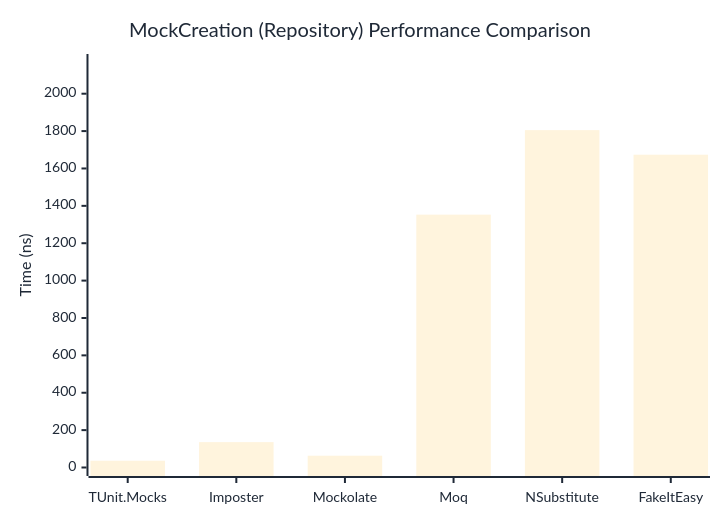
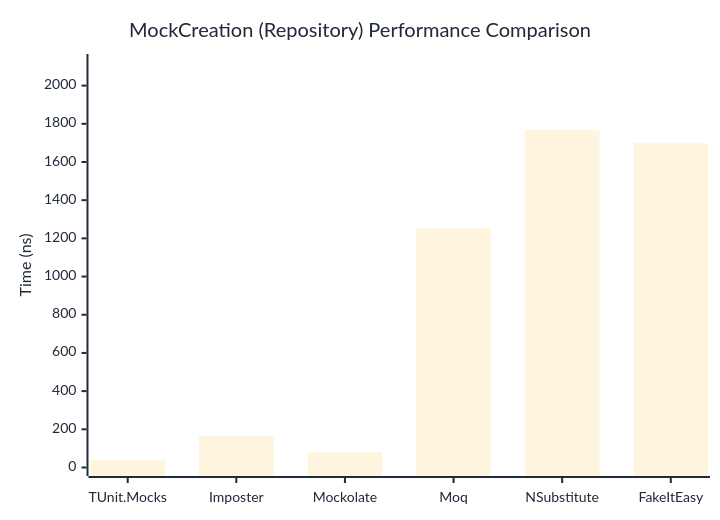
The second of 2 diagrams in docs/docs/benchmarks/mocks/MockCreation.md (thomhurst/TUnit), drawn with Mermaid before and after one commit. The commit also changed other lines of this file and 14 other files, not shown here.

````diff
--- a/docs/docs/benchmarks/mocks/MockCreation.md
+++ b/docs/docs/benchmarks/mocks/MockCreation.md
@@ -69,27 +69,27 @@
 ```mermaid
 %%{init: {
   'theme':'base',
   'themeVariables': {
     'primaryColor': '#2563eb',
     'primaryTextColor': '#1f2937',
     'primaryBorderColor': '#1e40af',
     'lineColor': '#6b7280',
     'secondaryColor': '#7c3aed',
     'tertiaryColor': '#dc2626',
     'background': '#ffffff',
     'pie1': '#2563eb',
     'pie2': '#7c3aed',
     'pie3': '#dc2626',
     'pie4': '#f59e0b',
     'pie5': '#10b981',
     'pie6': '#06b6d4',
     'pie7': '#ec4899',
     'pie8': '#6366f1'
   }
 }}%%
 xychart-beta
   title "MockCreation (Repository) Performance Comparison"
   x-axis ["TUnit.Mocks", "Imposter", "Mockolate", "Moq", "NSubstitute", "FakeItEasy"]
-  y-axis "Time (ns)" 0 --> 2167
-  bar [36.28, 135.79, 63.14, 1352.94, 1805.12, 1673.65]
+  y-axis "Time (ns)" 0 --> 2121
+  bar [38.2, 165.61, 79.61, 1253.29, 1766.91, 1697.93]
 ```
````
